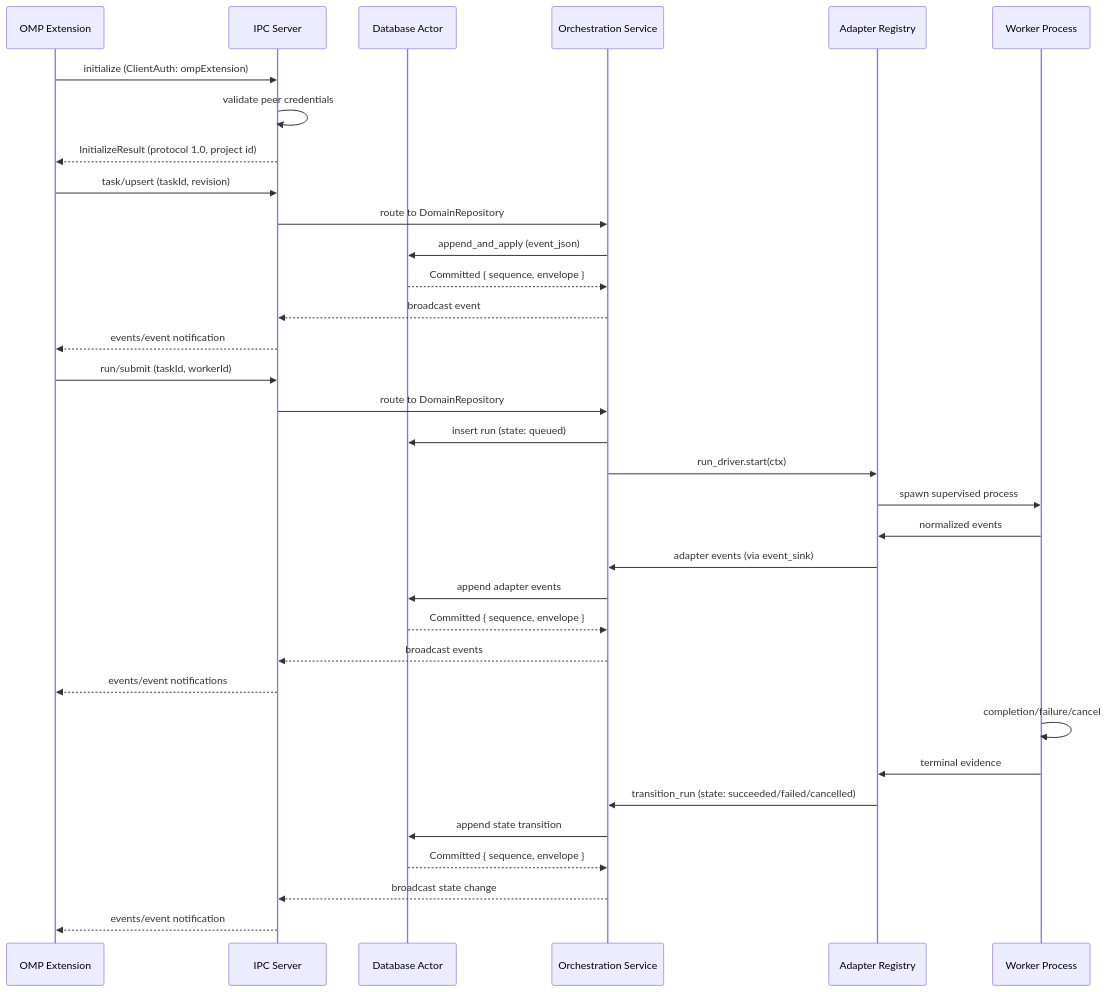
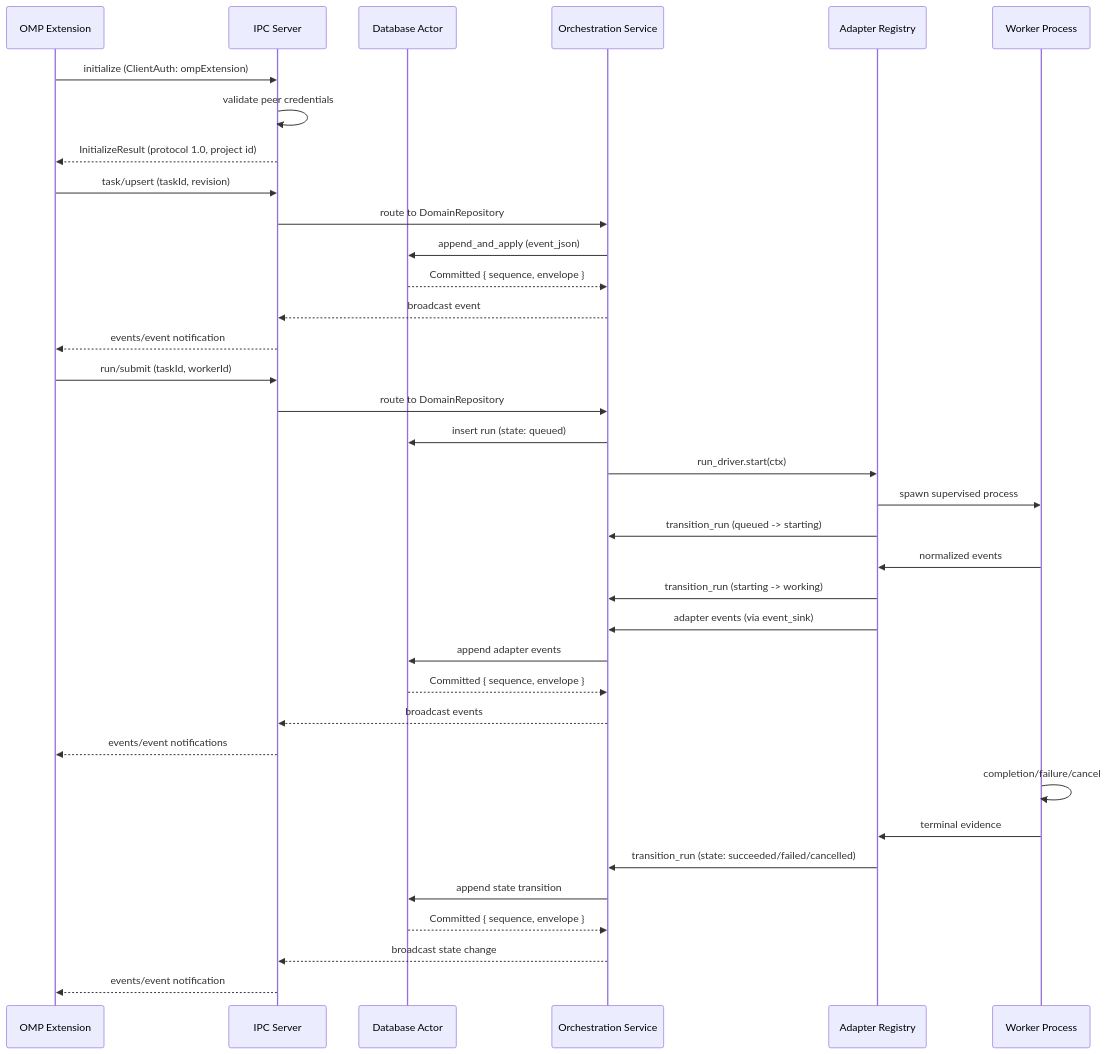
Before and after one commit to nikolasd/batman: the fifth of 5 diagrams in docs/architecture.md, drawn with Mermaid. The commit also changed other lines of this file and 7 other files, not shown here.

````diff
--- a/docs/architecture.md
+++ b/docs/architecture.md
@@ -648,40 +650,42 @@
 ```mermaid
 sequenceDiagram
     participant OMP as OMP Extension
     participant IPC as IPC Server
     participant DB as Database Actor
     participant Service as Orchestration Service
     participant Adapter as Adapter Registry
     participant Worker as Worker Process
 
     OMP->>IPC: initialize (ClientAuth: ompExtension)
     IPC->>IPC: validate peer credentials
     IPC-->>OMP: InitializeResult (protocol 1.0, project id)
 
     OMP->>IPC: task/upsert (taskId, revision)
     IPC->>Service: route to DomainRepository
     Service->>DB: append_and_apply (event_json)
     DB-->>Service: Committed { sequence, envelope }
     Service-->>IPC: broadcast event
     IPC-->>OMP: events/event notification
 
     OMP->>IPC: run/submit (taskId, workerId)
     IPC->>Service: route to DomainRepository
     Service->>DB: insert run (state: queued)
     Service->>Adapter: run_driver.start(ctx)
     Adapter->>Worker: spawn supervised process
+    Adapter->>Service: transition_run (queued -> starting)
     Worker->>Adapter: normalized events
+    Adapter->>Service: transition_run (starting -> working)
     Adapter->>Service: adapter events (via event_sink)
     Service->>DB: append adapter events
     DB-->>Service: Committed { sequence, envelope }
     Service-->>IPC: broadcast events
     IPC-->>OMP: events/event notifications
 
     Worker->>Worker: completion/failure/cancel
     Worker->>Adapter: terminal evidence
     Adapter->>Service: transition_run (state: succeeded/failed/cancelled)
     Service->>DB: append state transition
     DB-->>Service: Committed { sequence, envelope }
     Service-->>IPC: broadcast state change
     IPC-->>OMP: events/event notification
 ```
````
